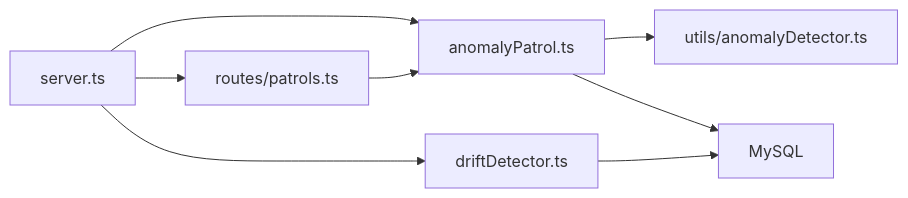
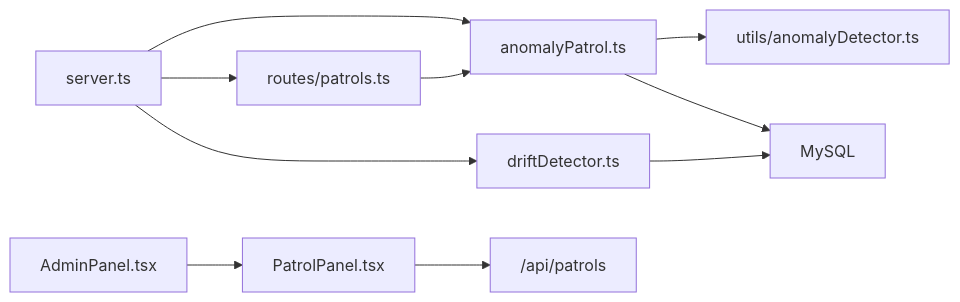
One commit to dgjin/smart-data-analytics changed the seventh of 7 diagrams in .qoder/repowiki/zh/content/后端服务/异常巡逻系统.md. Above: the diagram before and after it, drawn with Mermaid. The commit also changed other lines of this file and 146 other files, not shown here.

````diff
--- a/.qoder/repowiki/zh/content/后端服务/异常巡逻系统.md
+++ b/.qoder/repowiki/zh/content/后端服务/异常巡逻系统.md
@@ -242,10 +267,12 @@
 ```mermaid
 graph LR
 S["server.ts"] --> AP["anomalyPatrol.ts"]
 S --> PR["routes/patrols.ts"]
 PR --> AP
 AP --> AD["utils/anomalyDetector.ts"]
 AP --> DB["MySQL"]
 S --> DD["driftDetector.ts"]
 DD --> DB
+A["AdminPanel.tsx"] --> PP["PatrolPanel.tsx"]
+PP --> API["/api/patrols"]
 ```
````
